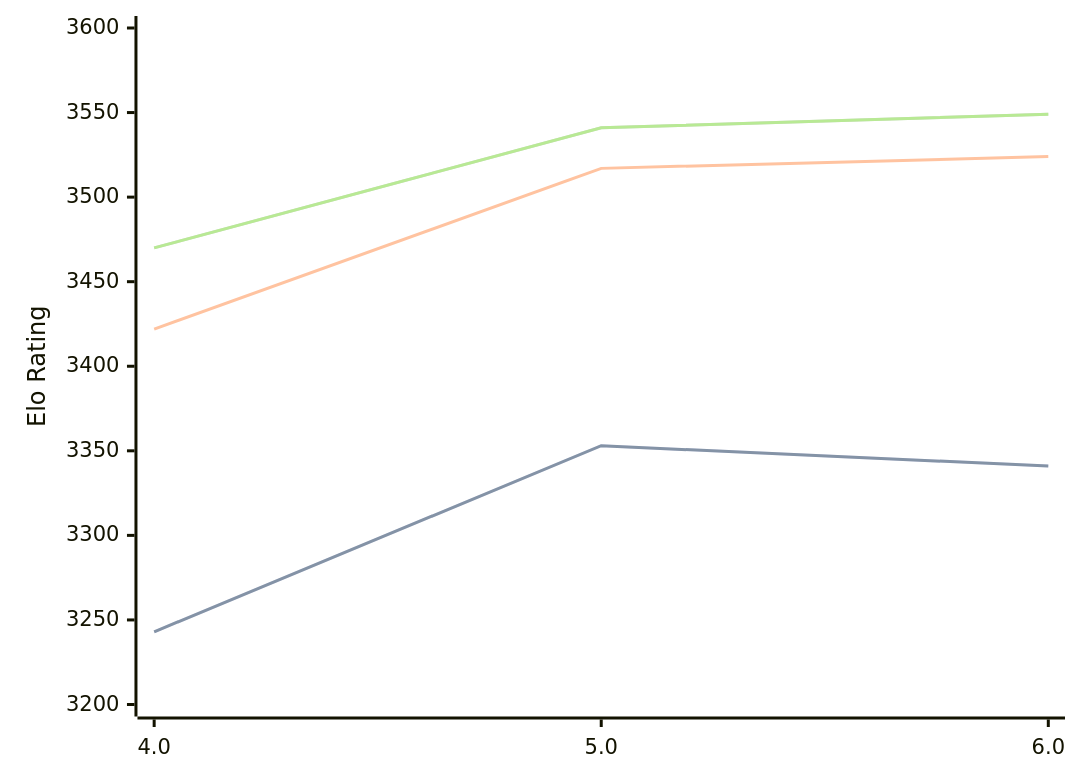
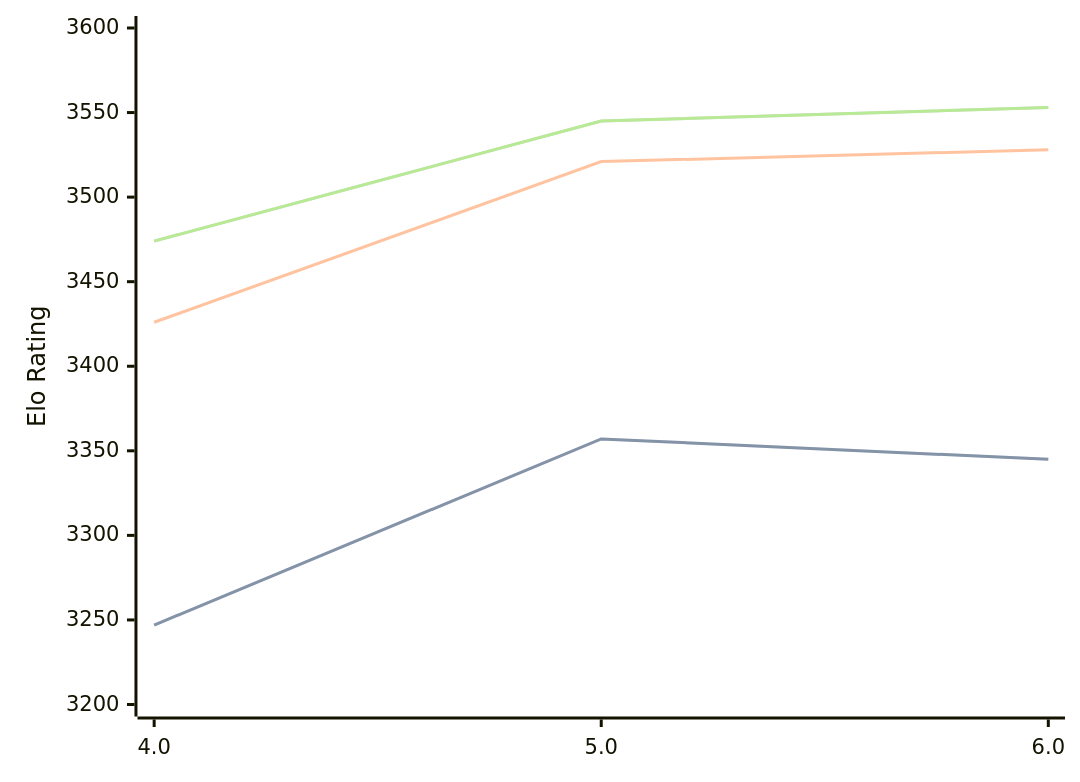
One commit to computer-chess-index/cci changed the diagram in engines/Tarnished.md. Above: the diagram before and after it, drawn with Mermaid. The commit also changed other lines of this file, not shown here.

Commit message:
Update CCI Ratings (ELO VLTC) - 2026-08-18

````diff
--- a/engines/Tarnished.md
+++ b/engines/Tarnished.md
@@ -33,11 +33,11 @@
 ```mermaid
 %%{init: {"theme":"base","themeVariables":{"seriesColors:['#a3a3a3','#222221','#faa371']}}}%%
 xychart-beta
   x-axis ["4.0", "5.0", "6.0"]
   y-axis "Elo Rating" 3200 --> 3600
-  line "STC (8.0+0.08s)" [3243, 3353, 3341]
-  line "STC (8.0+0.08s)" [3243, 3353, 3341]
-  line "LTC (60.0+0.60s)" [3422, 3517, 3524]
-  line "VLTC (2m24s+1.12s)" [3470, 3541, 3549]
-  line "VLTC (2m24s+1.12s)" [3470, 3541, 3549]
+  line "STC (8.0+0.08s)" [3247, 3357, 3345]
+  line "STC (8.0+0.08s)" [3247, 3357, 3345]
+  line "LTC (60.0+0.60s)" [3426, 3521, 3528]
+  line "VLTC (2m24s+1.12s)" [3474, 3545, 3553]
+  line "VLTC (2m24s+1.12s)" [3474, 3545, 3553]
 ```
````
